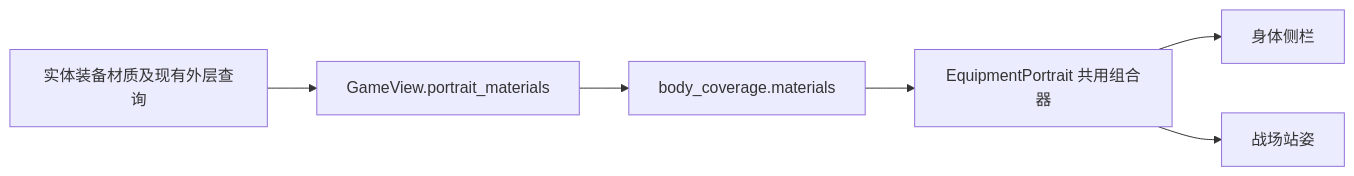
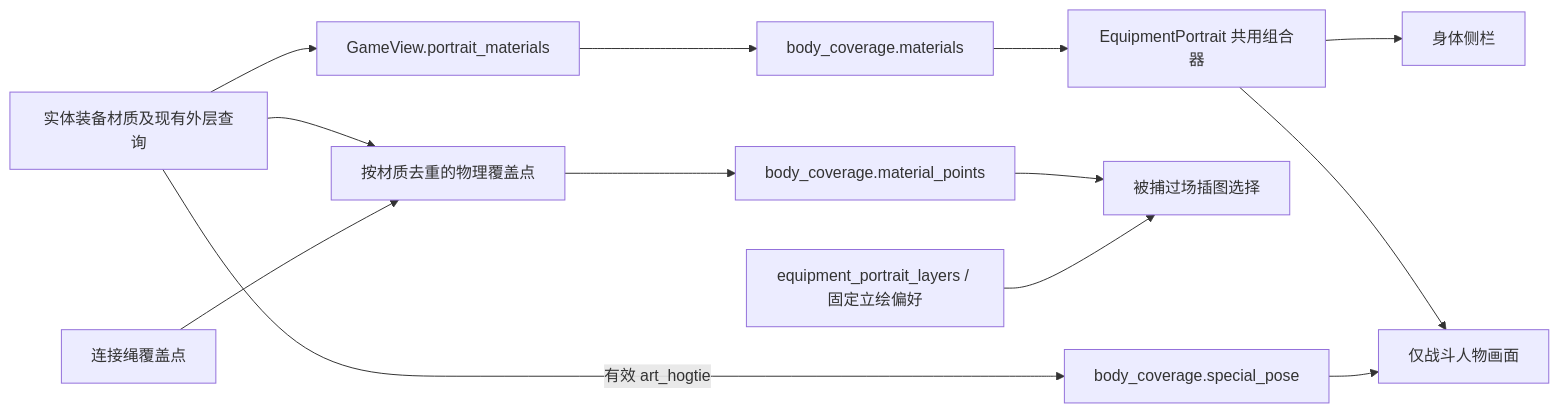
One commit to h13942080472-prog/magic-spire changed the sixth of 6 diagrams in docs/spec/release-interface.md. Above: the diagram before and after it, drawn with Mermaid. The commit also changed other lines of this file and 717 other files, not shown here.

Commit message:
Release 0.18.3 content, interaction audio, and architecture maintenance

````diff
--- a/docs/spec/release-interface.md
+++ b/docs/spec/release-interface.md
@@ -177,8 +236,15 @@
 ```mermaid
 flowchart LR
   Pieces[实体装备材质及现有外层查询] --> Materials[GameView.portrait_materials]
   Materials --> View[body_coverage.materials]
   View --> Portrait[EquipmentPortrait 共用组合器]
   Portrait --> Sidebar[身体侧栏]
   Portrait --> Arena[战场站姿]
+  Pieces --> Points[按材质去重的物理覆盖点]
+  Links[连接绳覆盖点] --> Points
+  Points --> CaptureView[body_coverage.material_points]
+  CaptureView --> CaptureIntro[被捕过场插图选择]
+  Plate[equipment_portrait_layers / 固定立绘偏好] --> CaptureIntro
+  Pieces -->|有效 art_hogtie| HogtiePose[body_coverage.special_pose]
+  HogtiePose --> Arena[仅战斗人物画面]
 ```
````
